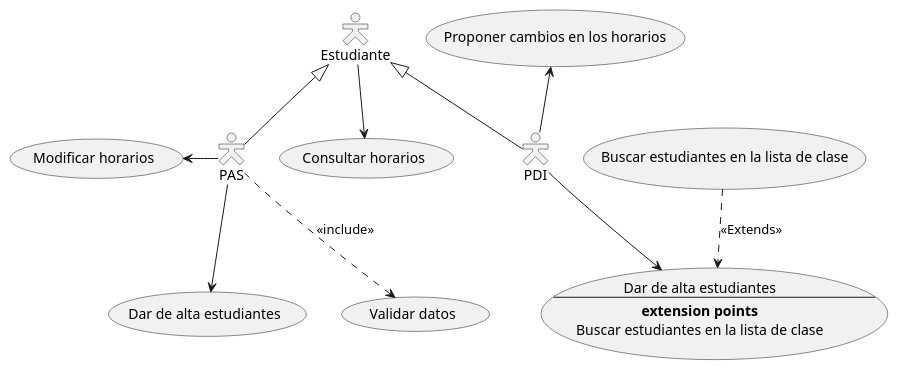
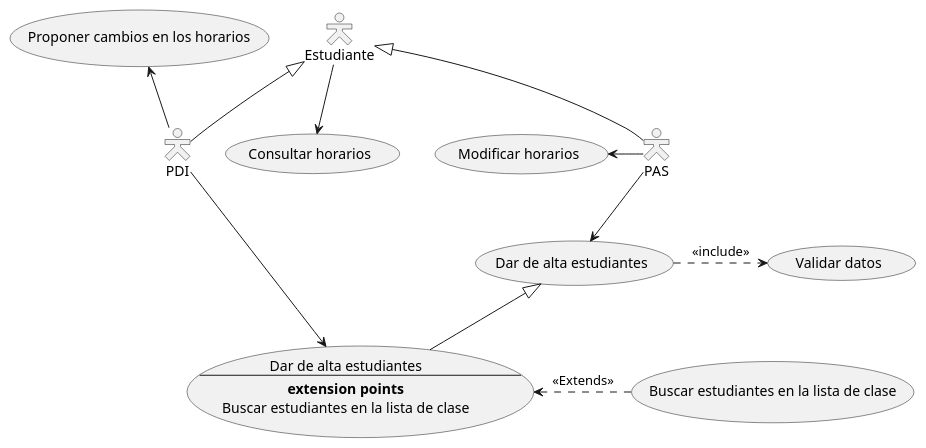
The diagram in lab0/src/horarios.puml (it557/INRE-UAL-BLANCO-2022), drawn with PlantUML before and after one commit. The commit also changed 2 other files, not shown here.

```diff
--- a/lab0/src/horarios.puml
+++ b/lab0/src/horarios.puml
@@ -1,16 +1,17 @@
 @startuml	
 skinparam actorStyle Hollow
 :Estudiante: --> (Consultar horarios)
 :PDI: -up-> (Proponer cambios en los horarios)
 :PAS: -left-> (Modificar horarios)
 :PAS: -down-> (Dar de alta estudiantes)
 Estudiante <|-- PAS
 Estudiante <|-- PDI
-:PAS: ..>(Validar datos) : <<include>>
+:Dar de alta estudiantes: .right.>(Validar datos) : <<include>>
 usecase UC1 as "Dar de alta estudiantes
 --
 **extension points**
 Buscar estudiantes en la lista de clase"
 :PDI: --> (UC1)
-(Buscar estudiantes en la lista de clase) ..> (UC1) : <<Extends>>
+(Buscar estudiantes en la lista de clase) .left.> (UC1) : <<Extends>>
+(Dar de alta estudiantes) <|-- UC1
 @enduml
```
